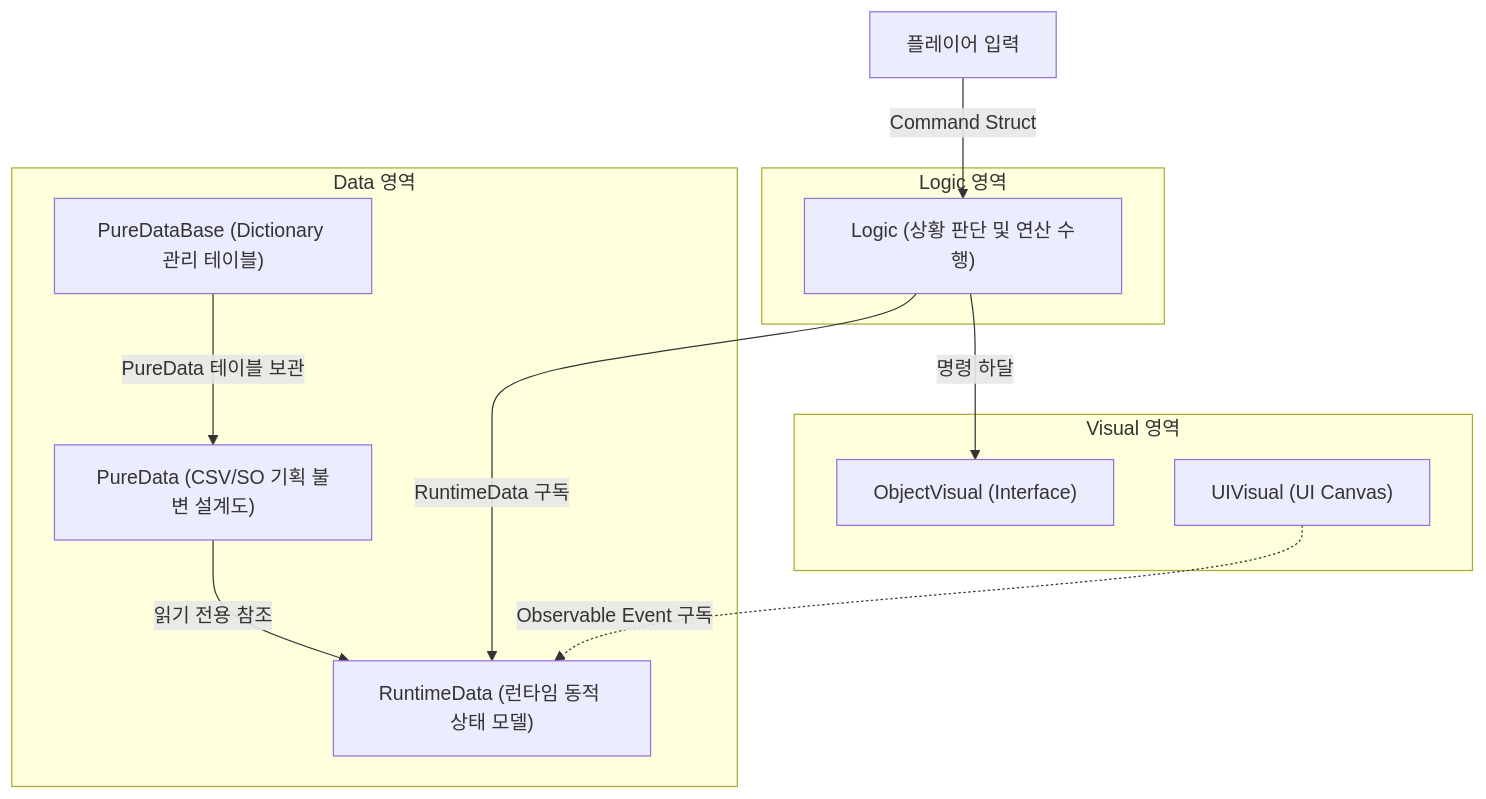
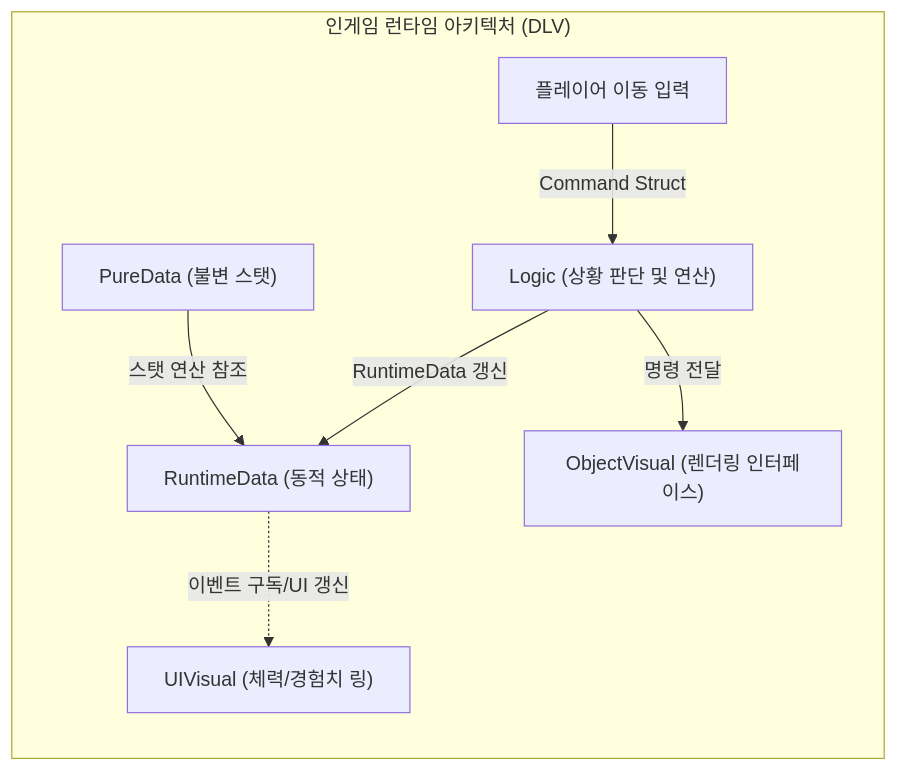
One commit to WhiteAppleKo/Portfolio changed the first of 5 diagrams in portfolio/project4/README.md. Above: the diagram before and after it, drawn with Mermaid. The commit also changed other lines of this file and 22 other files, not shown here.

````diff
--- a/portfolio/project4/README.md
+++ b/portfolio/project4/README.md
@@ -45,26 +49,10 @@
 ```mermaid
-flowchart TD
-    subgraph DataLayer ["Data 영역"]
-        PureData["PureData (CSV/SO 기획 불변 설계도)"]
-        PureDataBase["PureDataBase (Dictionary 관리 테이블)"]
-        RuntimeData["RuntimeData (런타임 동적 상태 모델)"]
-        
-        PureData -->|읽기 전용 참조| RuntimeData
-        PureDataBase -->|PureData 테이블 보관| PureData
+flowchart LR
+    subgraph InGame ["인게임 런타임 아키텍처 (DLV)"]
+        PlayerInput["플레이어 이동 입력"] -->|Command Struct| Logic["Logic (상황 판단 및 연산)"]
+        Logic -->|RuntimeData 갱신| RuntimeData["RuntimeData (동적 상태)"]
+        PureData["PureData (불변 스탯)"] -->|스탯 연산 참조| RuntimeData
+        Logic -->|명령 전달| ObjectVisual["ObjectVisual (렌더링 인터페이스)"]
+        RuntimeData -.->|이벤트 구독/UI 갱신| UIVisual["UIVisual (체력/경험치 링)"]
     end
-
-    subgraph LogicLayer ["Logic 영역"]
-        Logic["Logic (상황 판단 및 연산 수행)"]
-        Logic -->|RuntimeData 구독| RuntimeData
-    end
-
-    subgraph VisualLayer ["Visual 영역"]
-        ObjectVisual["ObjectVisual (Interface)"]
-        UIVisual["UIVisual (UI Canvas)"]
-        
-        Logic -->|명령 하달| ObjectVisual
-        UIVisual -.->|Observable Event 구독| RuntimeData
-    end
-
-    PlayerInput["플레이어 입력"] -->|Command Struct| Logic
 ```
````
